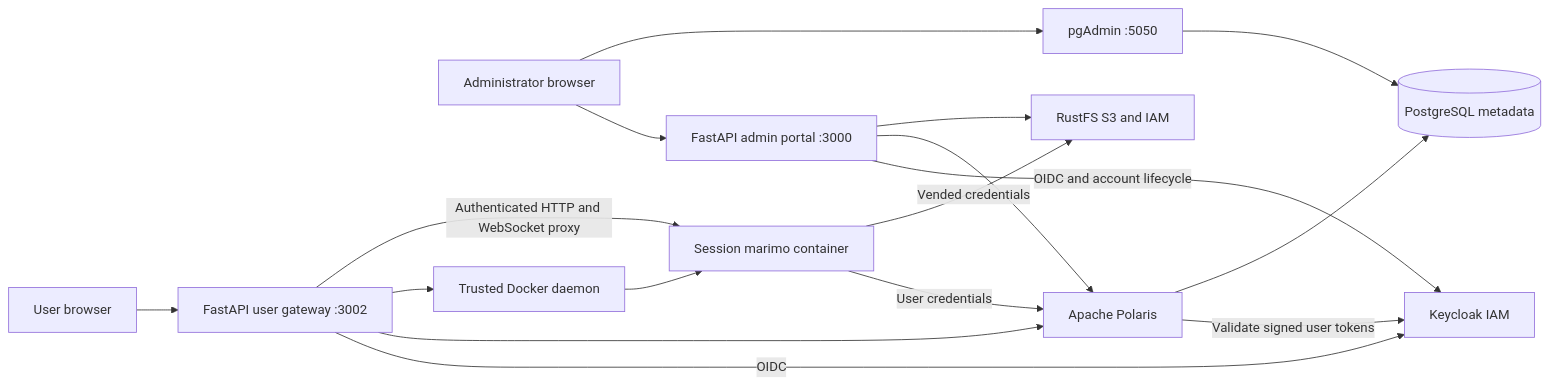
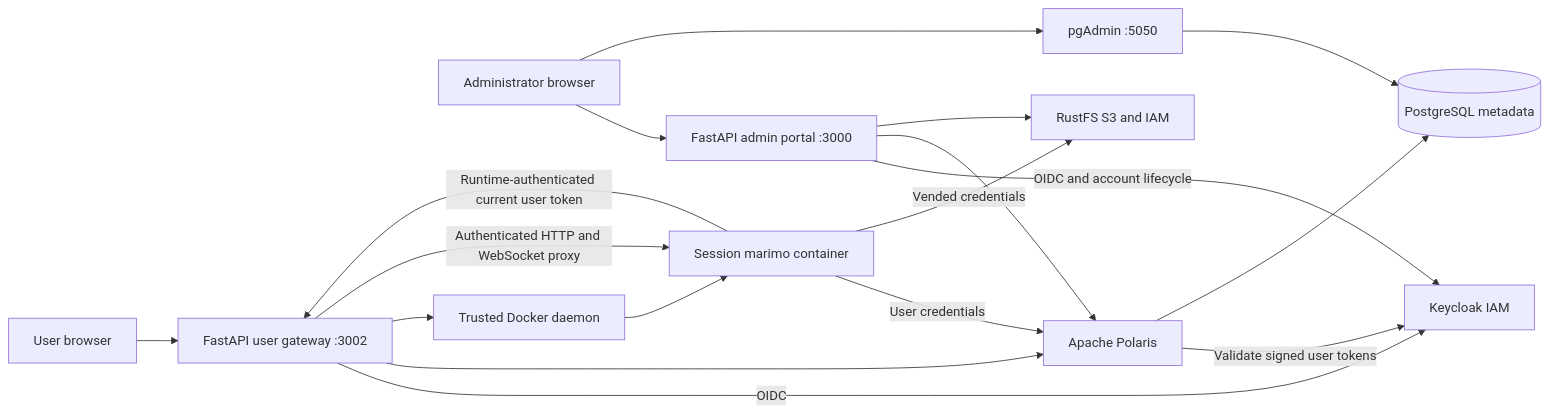
One commit to sanderdw/iceberg-data-platform changed the diagram in docs/architecture.md. Above: the diagram before and after it, drawn with Mermaid. The commit also changed other lines of this file and 76 other files, not shown here.

````diff
--- a/docs/architecture.md
+++ b/docs/architecture.md
@@ -3,19 +3,20 @@
 ```mermaid
 flowchart LR
     Admin[Administrator browser] --> AdminAPI[FastAPI admin portal :3000]
     Admin --> PgAdmin[pgAdmin :5050]
     PgAdmin --> Postgres
     User[User browser] --> UserAPI[FastAPI user gateway :3002]
     AdminAPI -->|OIDC and account lifecycle| Keycloak[Keycloak IAM]
     UserAPI -->|OIDC| Keycloak
     Polaris -->|Validate signed user tokens| Keycloak
     AdminAPI --> Polaris[Apache Polaris]
     AdminAPI --> Storage[RustFS S3 and IAM]
     UserAPI --> Polaris
     UserAPI --> Docker[Trusted Docker daemon]
     Docker --> Notebook[Session marimo container]
     UserAPI -->|Authenticated HTTP and WebSocket proxy| Notebook
+    Notebook -->|Runtime-authenticated current user token| UserAPI
     Notebook -->|User credentials| Polaris
     Notebook -->|Vended credentials| Storage
     Polaris --> Postgres[(PostgreSQL metadata)]
 ```
````
